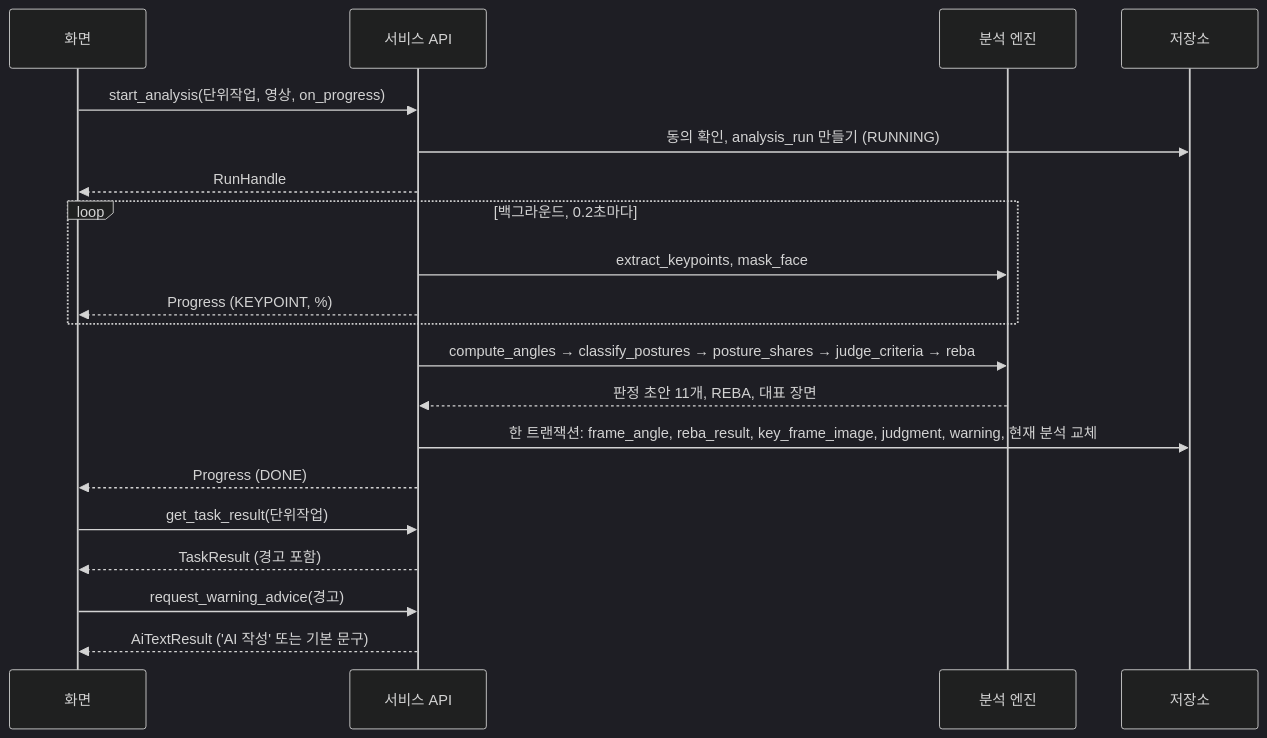
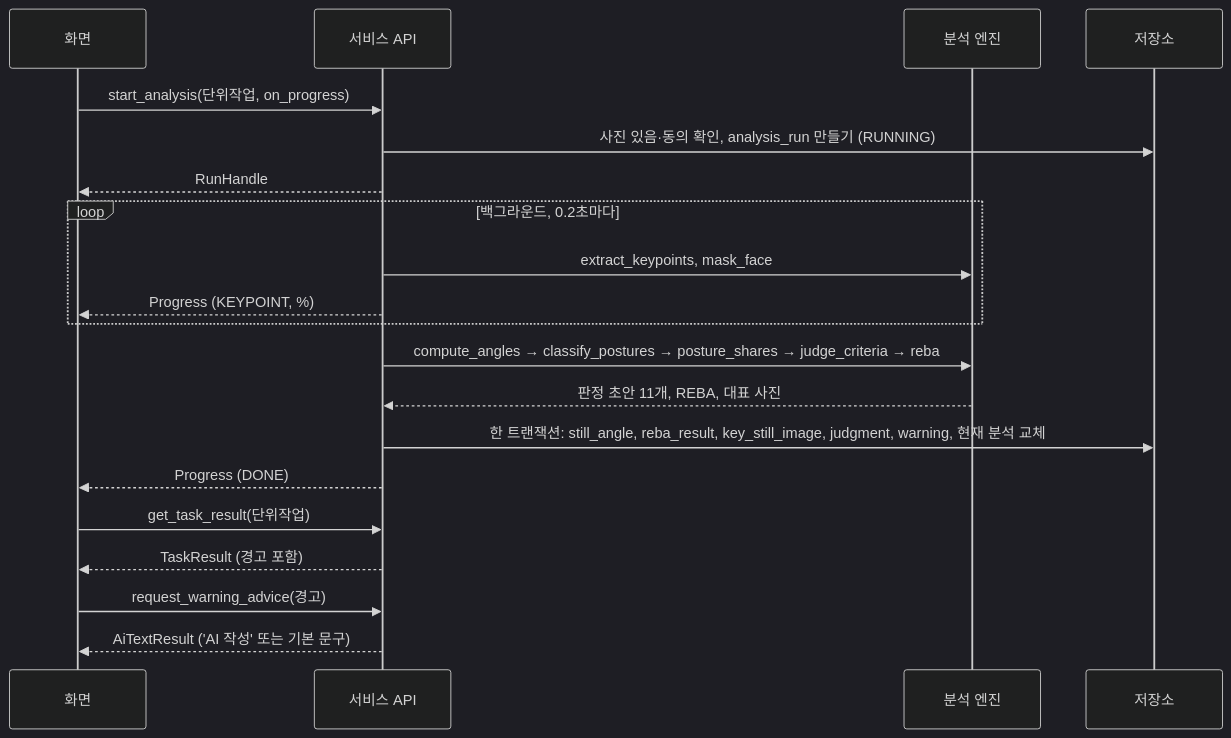
The third of 4 diagrams in docs_src/api/api_template.md (LOCO-KOREA/LOCO), drawn with Mermaid (dark theme) before and after one commit. The commit also changed other lines of this file and 72 other files, not shown here.

````diff
--- a/docs_src/api/api_template.md
+++ b/docs_src/api/api_template.md
@@ -417,22 +423,22 @@
 ```mermaid
 sequenceDiagram
   participant UI as 화면
   participant S as 서비스 API
   participant E as 분석 엔진
   participant DB as 저장소
-  UI->>S: start_analysis(단위작업, 영상, on_progress)
-  S->>DB: 동의 확인, analysis_run 만들기 (RUNNING)
+  UI->>S: start_analysis(단위작업, on_progress)
+  S->>DB: 사진 있음·동의 확인, analysis_run 만들기 (RUNNING)
   S-->>UI: RunHandle
   loop 백그라운드, 0.2초마다
     S->>E: extract_keypoints, mask_face
     S-->>UI: Progress (KEYPOINT, %)
   end
   S->>E: compute_angles → classify_postures → posture_shares → judge_criteria → reba
-  E-->>S: 판정 초안 11개, REBA, 대표 장면
-  S->>DB: 한 트랜잭션: frame_angle, reba_result, key_frame_image, judgment, warning, 현재 분석 교체
+  E-->>S: 판정 초안 11개, REBA, 대표 사진
+  S->>DB: 한 트랜잭션: still_angle, reba_result, key_still_image, judgment, warning, 현재 분석 교체
   S-->>UI: Progress (DONE)
   UI->>S: get_task_result(단위작업)
   S-->>UI: TaskResult (경고 포함)
   UI->>S: request_warning_advice(경고)
   S-->>UI: AiTextResult ('AI 작성' 또는 기본 문구)
 ```
````
